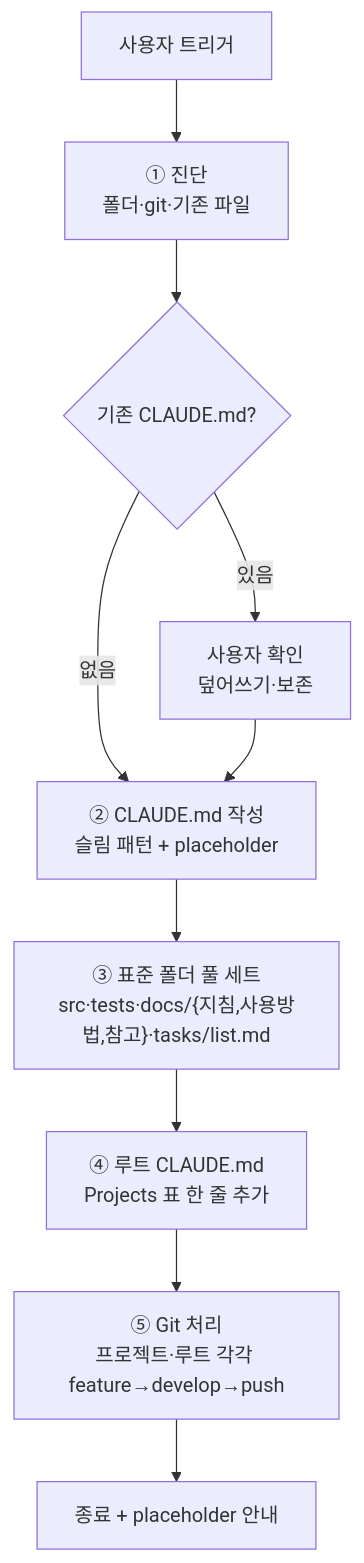
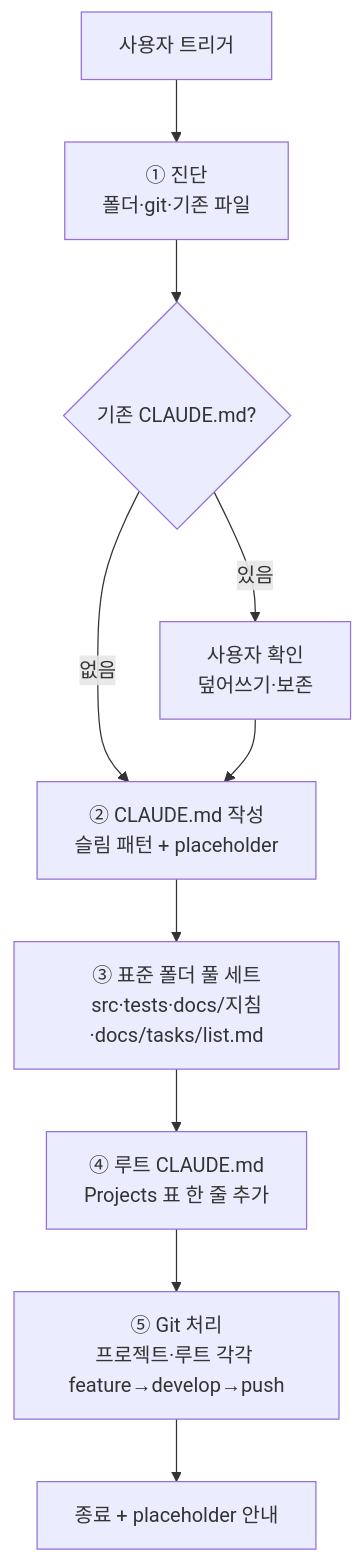
Before and after one commit to eskim-todoc/claude: the diagram in docs/지침/일반/프로젝트 초기 세팅.md, drawn with Mermaid. The commit also changed other lines of this file and 10 other files, not shown here.

````diff
--- a/docs/지침/일반/프로젝트 초기 세팅.md
+++ b/docs/지침/일반/프로젝트 초기 세팅.md
@@ -29,13 +29,13 @@
 ```mermaid
 flowchart TD
     A[사용자 트리거] --> B["① 진단<br/>폴더·git·기존 파일"]
     B --> C{기존 CLAUDE.md?}
     C -->|있음| C1[사용자 확인<br/>덮어쓰기·보존]
     C -->|없음| D
     C1 --> D
     D["② CLAUDE.md 작성<br/>슬림 패턴 + placeholder"]
-    D --> E["③ 표준 폴더 풀 세트<br/>src·tests·docs/{지침,사용방법,참고}·tasks/list.md"]
+    D --> E["③ 표준 폴더 풀 세트<br/>src·tests·docs/지침·docs/tasks/list.md"]
     E --> F["④ 루트 CLAUDE.md<br/>Projects 표 한 줄 추가"]
     F --> G["⑤ Git 처리<br/>프로젝트·루트 각각 feature→develop→push"]
     G --> H[종료 + placeholder 안내]
 ```
````
